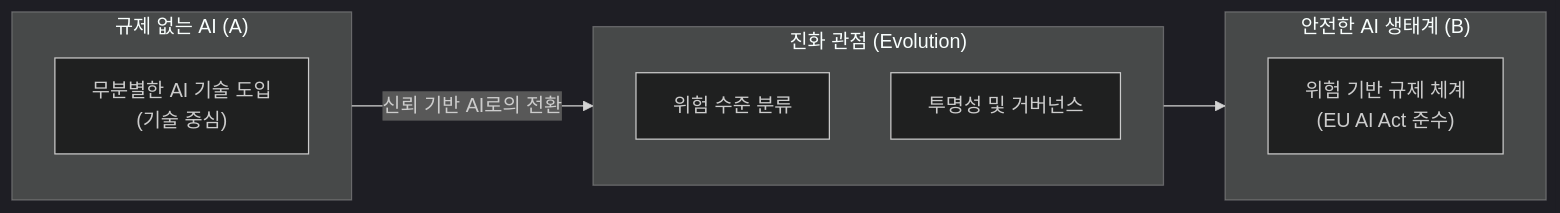
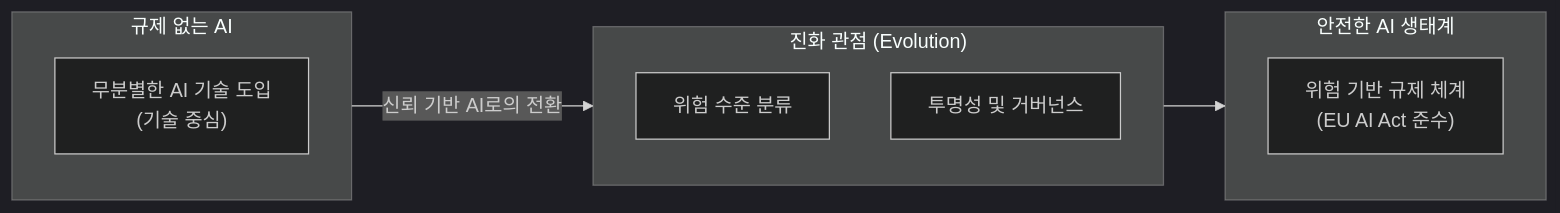
Before and after one commit to jeonck/fw-thinking: the diagram in docs/07-data-ai-governance/eu-ai-act.md, drawn with Mermaid (dark theme). The commit also changed 92 other files, not shown here.

````diff
--- a/docs/07-data-ai-governance/eu-ai-act.md
+++ b/docs/07-data-ai-governance/eu-ai-act.md
@@ -19,19 +19,19 @@
 ```mermaid
 flowchart LR
-    subgraph A["규제 없는 AI (A)"]
+    subgraph A["규제 없는 AI "]
         A1["무분별한 AI 기술 도입<br/>(기술 중심)"]
     end
 
     subgraph TRANS["진화 관점 (Evolution)"]
         direction TB
         T1["위험 수준 분류"]
         T2["투명성 및 거버넌스"]
     end
 
-    subgraph B["안전한 AI 생태계 (B)"]
+    subgraph B["안전한 AI 생태계 "]
         B1["위험 기반 규제 체계<br/>(EU AI Act 준수)"]
     end
 
     A -- "신뢰 기반 AI로의 전환" --> TRANS
     TRANS --> B
 ```
````
